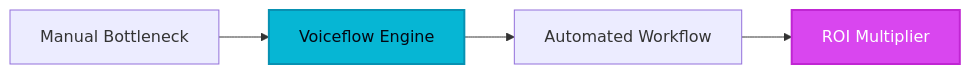
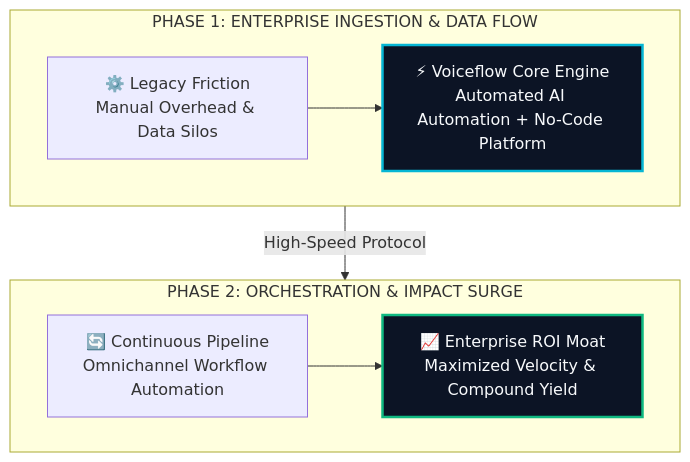
Before and after one commit to heliatech-media/saas-radar: the diagram in site/src/content/blog/voiceflow.md, drawn with Mermaid. The commit also changed 97 other files, not shown here.

First line of the commit message:
feat(diagrams): upgrade all article architecture schemas to high-impact 2-tier responsive vector blueprints

````diff
--- a/site/src/content/blog/voiceflow.md
+++ b/site/src/content/blog/voiceflow.md
@@ -54,8 +54,14 @@
 ```mermaid
-flowchart LR
-    A[Manual Bottleneck] --> B[Voiceflow Engine]
-    B --> C[Automated Workflow]
-    C --> D[ROI Multiplier]
-    style B fill:#06b6d4,stroke:#0891b2,stroke-width:2px,color:#030712
-    style D fill:#d946ef,stroke:#c026d3,stroke-width:2px,color:#ffffff
+flowchart TD
+    subgraph S1["PHASE 1: ENTERPRISE INGESTION & DATA FLOW"]
+        direction LR
+        A["⚙️ Legacy Friction<br/>Manual Overhead & Data Silos"] --> B["⚡ Voiceflow Core Engine<br/>Automated AI Automation + No-Code Platform"]
+    end
+    subgraph S2["PHASE 2: ORCHESTRATION & IMPACT SURGE"]
+        direction LR
+        C["🔄 Continuous Pipeline<br/>Omnichannel Workflow Automation"] --> D["📈 Enterprise ROI Moat<br/>Maximized Velocity & Compound Yield"]
+    end
+    S1 -->|High-Speed Protocol| S2
+    style B fill:#0c1425,stroke:#06b6d4,stroke-width:2.5px,color:#f8fafc
+    style D fill:#0c1425,stroke:#10b981,stroke-width:2.5px,color:#f8fafc
 ```
````
